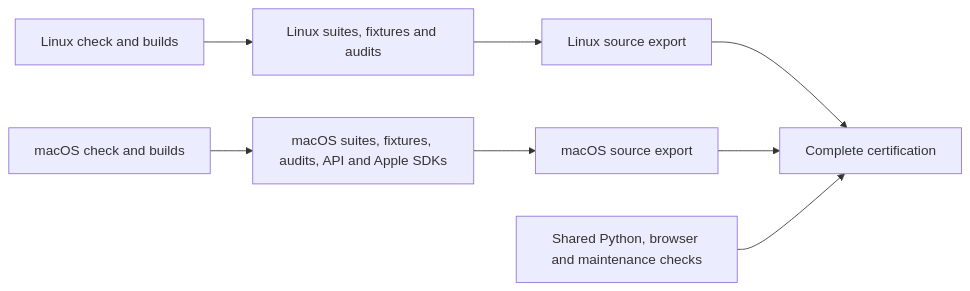
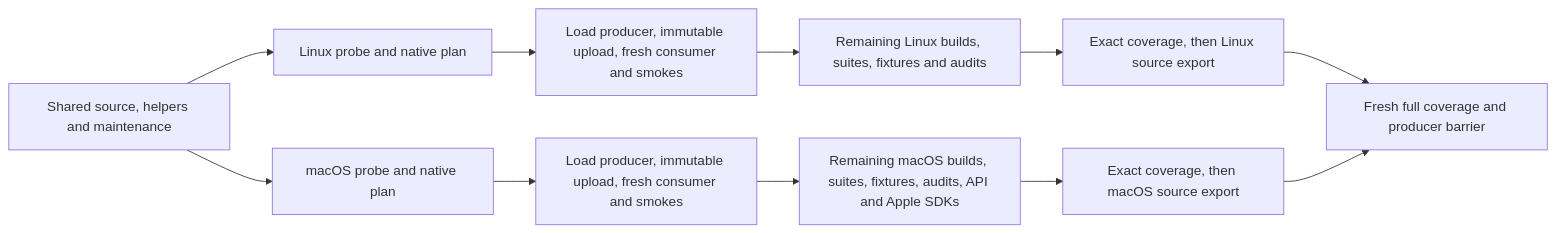
One commit to Aurum-Studios/DiscordKit changed the diagram in Docs/CI.md. Above: the diagram before and after it, drawn with Mermaid. The commit also changed other lines of this file and 64 other files, not shown here.

````diff
--- a/Docs/CI.md
+++ b/Docs/CI.md
@@ -41,10 +53,13 @@
 ```mermaid
 flowchart LR
-    L[Linux check and builds] --> LT[Linux suites, fixtures and audits]
-    LT --> LP[Linux source export]
-    M[macOS check and builds] --> MT[macOS suites, fixtures, audits, API and Apple SDKs]
-    MT --> MP[macOS source export]
-    LP --> C[Complete certification]
+    H[Shared source, helpers and maintenance] --> L[Linux probe and native plan]
+    H --> M[macOS probe and native plan]
+    L --> LC[Load producer, immutable upload, fresh consumer and smokes]
+    M --> MC[Load producer, immutable upload, fresh consumer and smokes]
+    LC --> LB[Remaining Linux builds, suites, fixtures and audits]
+    MC --> MB[Remaining macOS builds, suites, fixtures, audits, API and Apple SDKs]
+    LB --> LP[Exact coverage, then Linux source export]
+    MB --> MP[Exact coverage, then macOS source export]
+    LP --> C[Fresh full coverage and producer barrier]
     MP --> C
-    H[Shared Python, browser and maintenance checks] --> C
 ```
````
